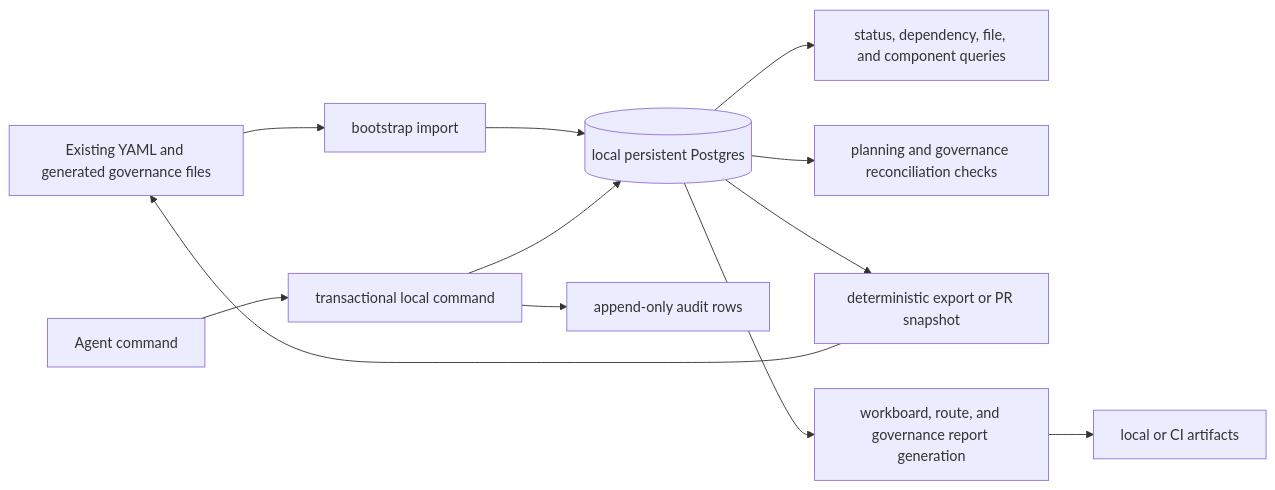
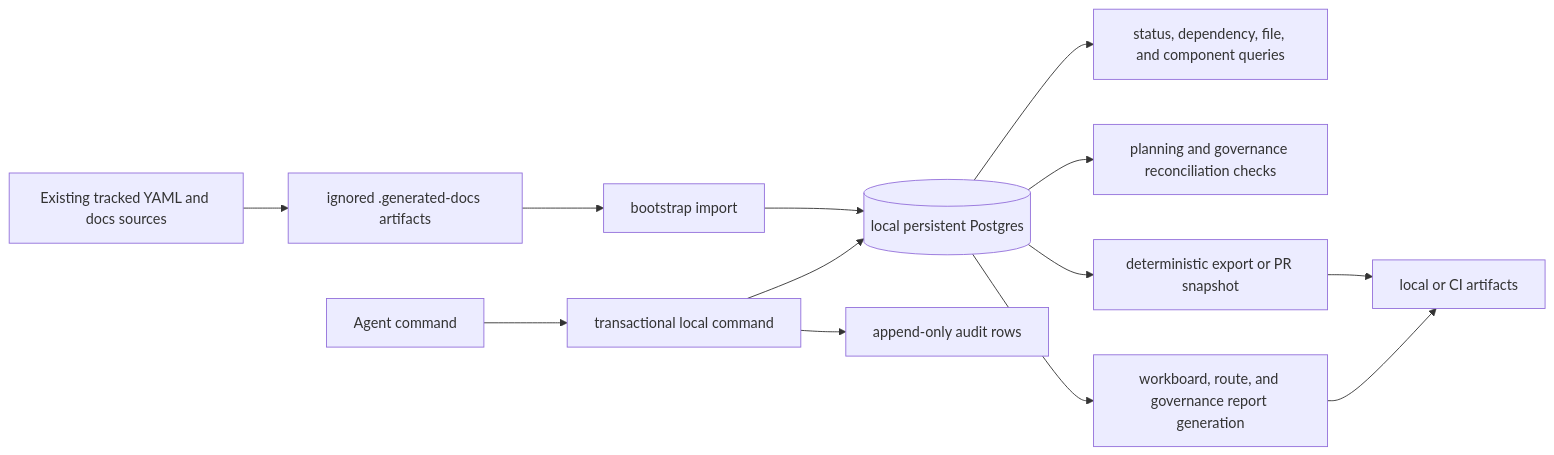
Before and after one commit to dunay2/dvt: the third of 3 diagrams in docs/planning/proposals/mandatory/governance-and-docs/planning-state-query-store-plan-20260506.md, drawn with Mermaid. The commit also changed other lines of this file and 77 other files, not shown here.

Commit message:
refactor(docs): Move governance generated artifacts out of Git

````diff
--- a/docs/planning/proposals/mandatory/governance-and-docs/planning-state-query-store-plan-20260506.md
+++ b/docs/planning/proposals/mandatory/governance-and-docs/planning-state-query-store-plan-20260506.md
@@ -214,14 +229,15 @@
 ```mermaid
 flowchart LR
-  Files[Existing YAML and generated governance files] --> Import[bootstrap import]
+  Files[Existing tracked YAML and docs sources] --> Generate[ignored .generated-docs artifacts]
+  Generate --> Import[bootstrap import]
   Import --> Pg[(local persistent Postgres)]
   Agent[Agent command] --> Command[transactional local command]
   Command --> Pg
   Command --> Audit[append-only audit rows]
   Pg --> Queries[status, dependency, file, and component queries]
   Pg --> Reconcile[planning and governance reconciliation checks]
   Pg --> Export[deterministic export or PR snapshot]
-  Export --> Files
+  Export --> Artifacts
   Pg --> Generated[workboard, route, and governance report generation]
   Generated --> Artifacts[local or CI artifacts]
 ```
````
